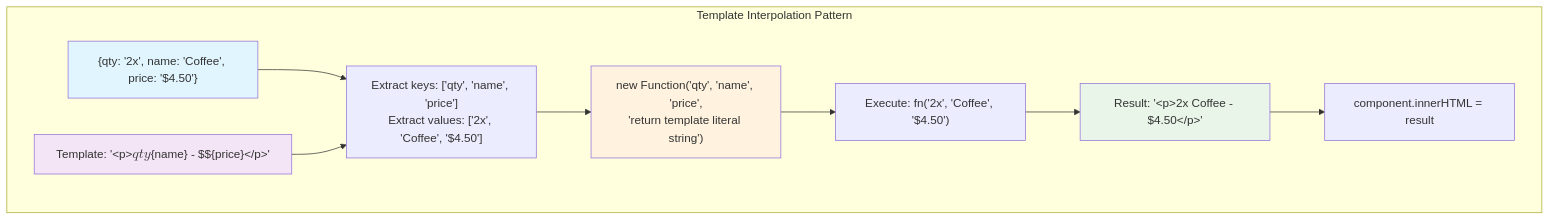
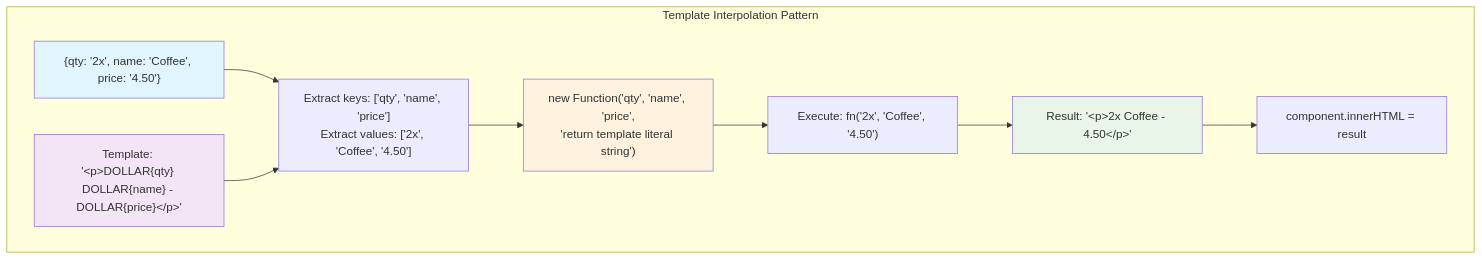
Before and after one commit to Shinkei/spa-web-patterns: the sixth of 6 diagrams in README.md, drawn with Mermaid.

````diff
--- a/README.md
+++ b/README.md
@@ -325,23 +325,23 @@
 ```mermaid
 flowchart TD
   subgraph "Template Interpolation Pattern"
-    Data["{qty: '2x', name: 'Coffee', price: '$4.50'}"]
-    Template["Template: '&lt;p&gt;$${qty} $${name} - $${price}&lt;/p&gt;'"]
+    Data["{qty: '2x', name: 'Coffee', price: '4.50'}"]
+    Template["Template: '&lt;p&gt;DOLLAR{qty} DOLLAR{name} - DOLLAR{price}&lt;/p&gt;'"]
     
-    Data --> Extract["Extract keys: ['qty', 'name', 'price']<br/>Extract values: ['2x', 'Coffee', '$4.50']"]
+    Data --> Extract["Extract keys: ['qty', 'name', 'price']<br/>Extract values: ['2x', 'Coffee', '4.50']"]
     Template --> Extract
     
     Extract --> Generate["new Function('qty', 'name', 'price',<br/>'return template literal string')"]
     
-    Generate --> Execute["Execute: fn('2x', 'Coffee', '$4.50')"]
+    Generate --> Execute["Execute: fn('2x', 'Coffee', '4.50')"]
     
-    Execute --> Result["Result: '&lt;p&gt;2x Coffee - $4.50&lt;/p&gt;'"]
+    Execute --> Result["Result: '&lt;p&gt;2x Coffee - 4.50&lt;/p&gt;'"]
     
     Result --> Render["component.innerHTML = result"]
   end
   
   style Data fill:#e1f5fe
   style Template fill:#f3e5f5
   style Result fill:#e8f5e8
   style Generate fill:#fff3e0
 ```
````
